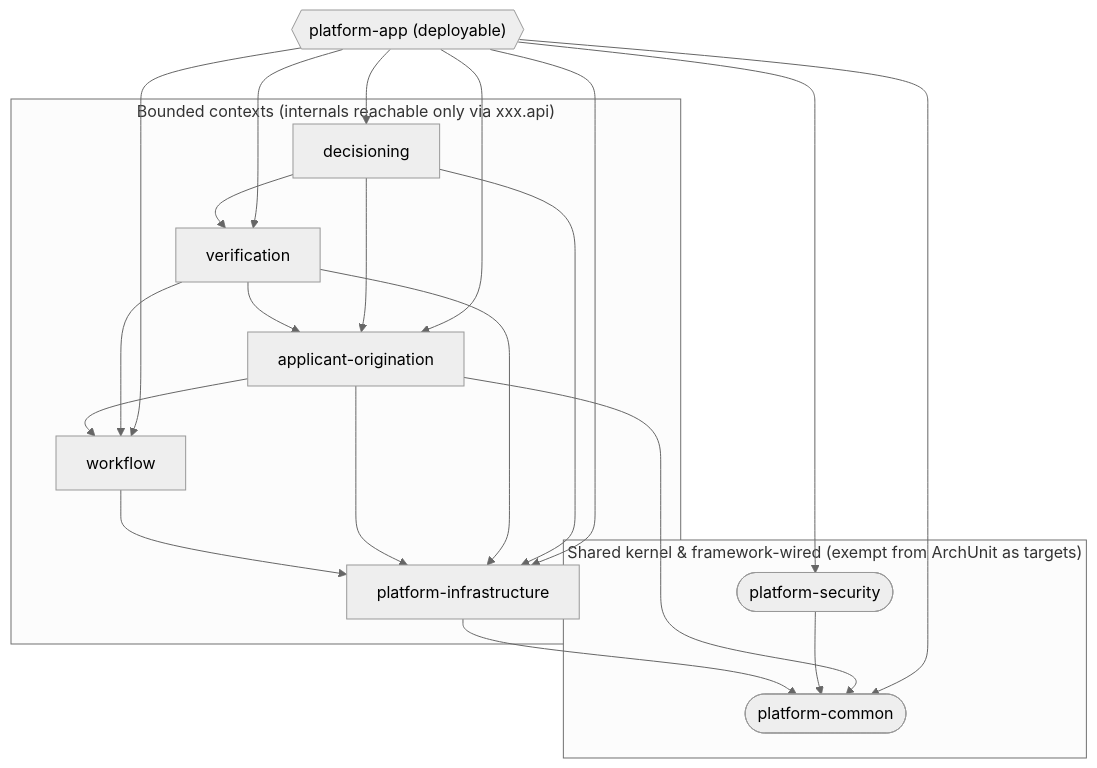
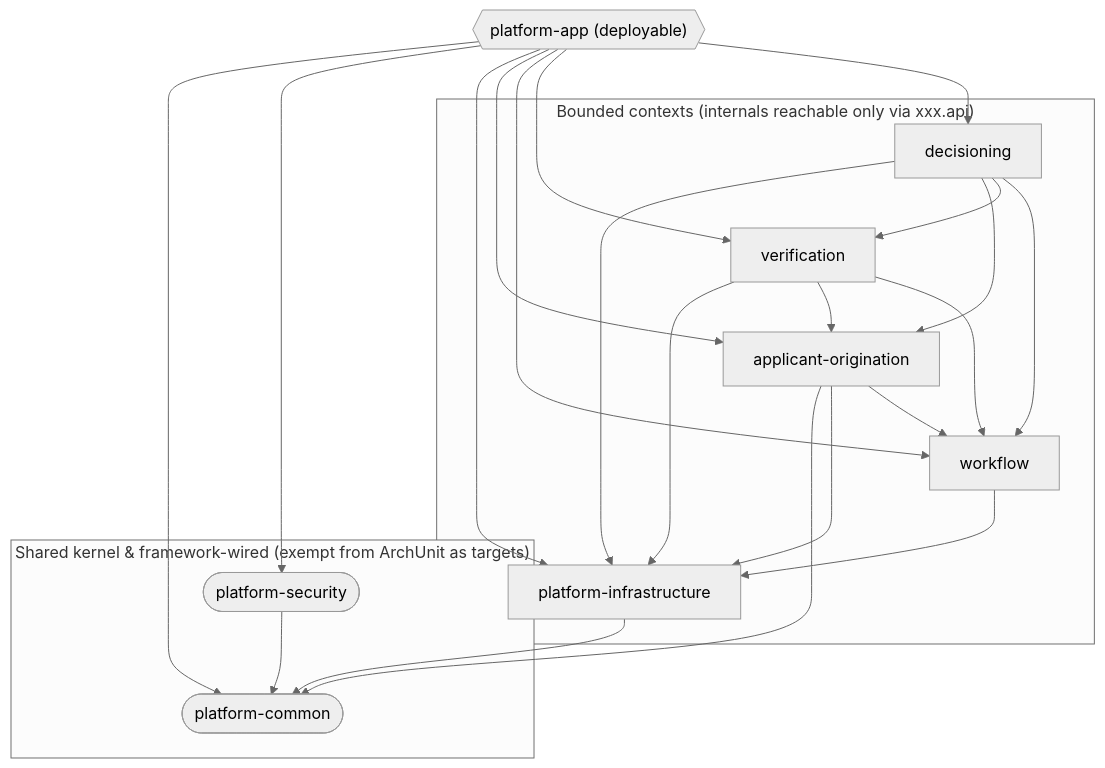
One commit to derrickmunyole/loan-decisioning-system changed the second of 4 diagrams in docs/architecture.md. Above: the diagram before and after it, drawn with Mermaid (neutral theme). The commit also changed other lines of this file and 34 other files, not shown here.

````diff
--- a/docs/architecture.md
+++ b/docs/architecture.md
@@ -63,42 +63,43 @@
 ```mermaid
 flowchart TD
     subgraph sharedKernel["Shared kernel &amp; framework-wired (exempt from ArchUnit as targets)"]
         common(["platform-common"])
         security(["platform-security"])
     end
 
     subgraph boundedContexts["Bounded contexts (internals reachable only via xxx.api)"]
         infrastructure["platform-infrastructure"]
         workflow["workflow"]
         origination["applicant-origination"]
         verification["verification"]
         decisioning["decisioning"]
     end
 
     app{{"platform-app (deployable)"}}
 
     infrastructure --> common
     security --> common
 
     workflow --> infrastructure
 
     origination --> common
     origination --> infrastructure
     origination --> workflow
 
     verification --> infrastructure
     verification --> origination
     verification --> workflow
 
     decisioning --> infrastructure
     decisioning --> origination
     decisioning --> verification
+    decisioning --> workflow
 
     app --> common
     app --> security
     app --> infrastructure
     app --> origination
     app --> workflow
     app --> verification
     app --> decisioning
 ```
````
